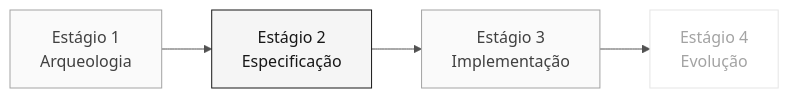
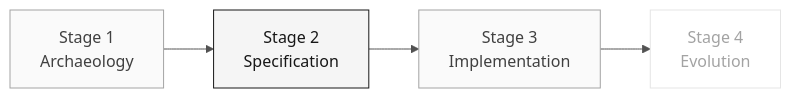
One commit to paulasilvatech/datacorp-mm-team-kit changed the diagram in 05-personas/02-requirements-engineer/PERSONA.md. Above: the diagram before and after it, drawn with Mermaid. The commit also changed other lines of this file and 163 other files, not shown here.

````diff
--- a/05-personas/02-requirements-engineer/PERSONA.md
+++ b/05-personas/02-requirements-engineer/PERSONA.md
@@ -34,11 +34,11 @@
 ```mermaid
 %%{init: {'theme':'neutral','themeVariables':{'fontFamily':'ui-sans-serif, system-ui, sans-serif','primaryColor':'#F5F5F5','primaryTextColor':'#171717','primaryBorderColor':'#171717','lineColor':'#525252','secondaryColor':'#FFFFFF','tertiaryColor':'#FAFAFA','background':'#FFFFFF'}}}%%
 flowchart LR
     classDef active fill:#F5F5F5,stroke:#171717,color:#171717
     classDef support fill:#FAFAFA,stroke:#A3A3A3,color:#404040
     classDef inactive fill:#FFFFFF,stroke:#E5E5E5,color:#A3A3A3
 
-    E1["Estágio 1<br/>Arqueologia"]:::support --> E2["Estágio 2<br/>Especificação"]:::active
-    E2 --> E3["Estágio 3<br/>Implementação"]:::support
-    E3 --> E4["Estágio 4<br/>Evolução"]:::inactive
+    E1["Stage 1<br/>Archaeology"]:::support --> E2["Stage 2<br/>Specification"]:::active
+    E2 --> E3["Stage 3<br/>Implementation"]:::support
+    E3 --> E4["Stage 4<br/>Evolution"]:::inactive
 ```
````
